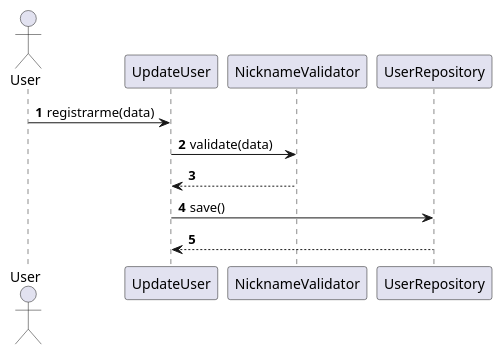
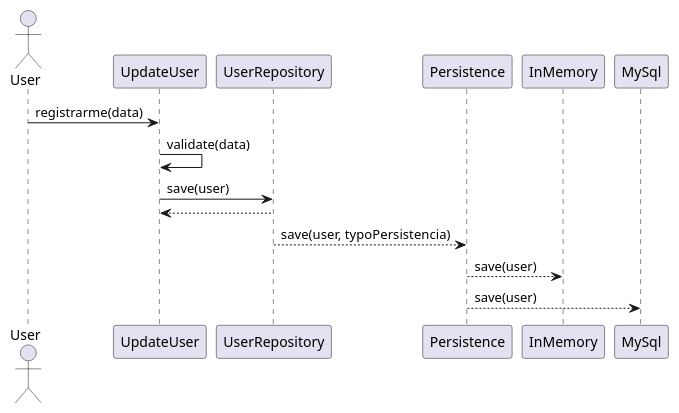
The diagram in diagrams/diagrama.puml (veronicavillegas/twitterkotlin), drawn with PlantUML before and after one commit. The commit also changed 10 other files, not shown here.

```diff
--- a/diagrams/diagrama.puml
+++ b/diagrams/diagrama.puml
@@ -1,11 +1,13 @@
 @startuml
 'https://plantuml.com/sequence-diagram
 
-autonumber
 actor User
 User -> UpdateUser: registrarme(data)
-UpdateUser -> NicknameValidator: validate(data)
-NicknameValidator --> UpdateUser
-UpdateUser -> UserRepository: save()
+UpdateUser -> UpdateUser: validate(data)
+UpdateUser -> UserRepository: save(user)
 UserRepository --> UpdateUser
+UserRepository --> Persistence: save(user, typoPersistencia)
+Persistence --> InMemory: save(user)
+Persistence --> MySql: save(user)
+
 @enduml
```
